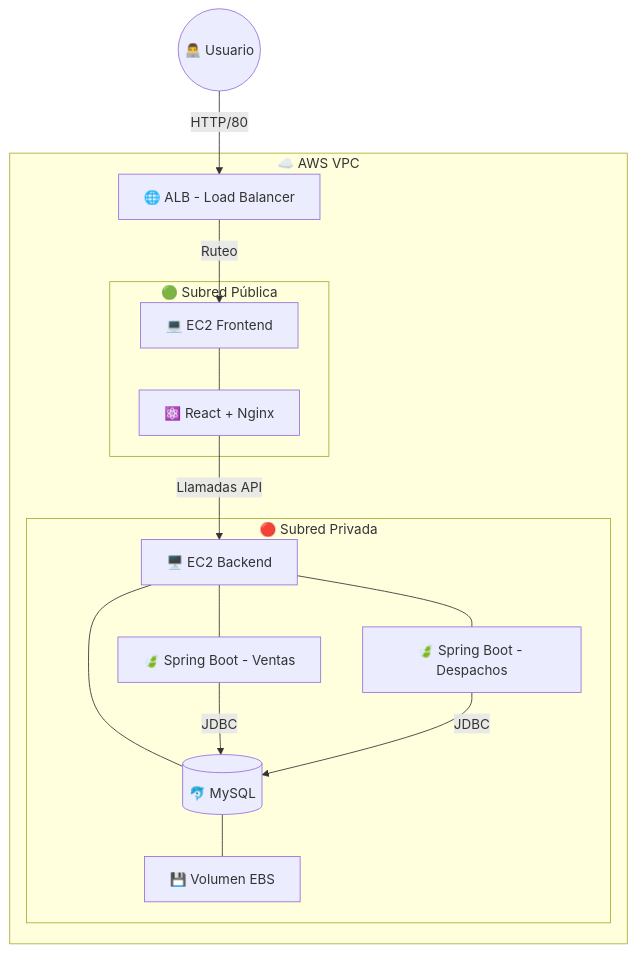
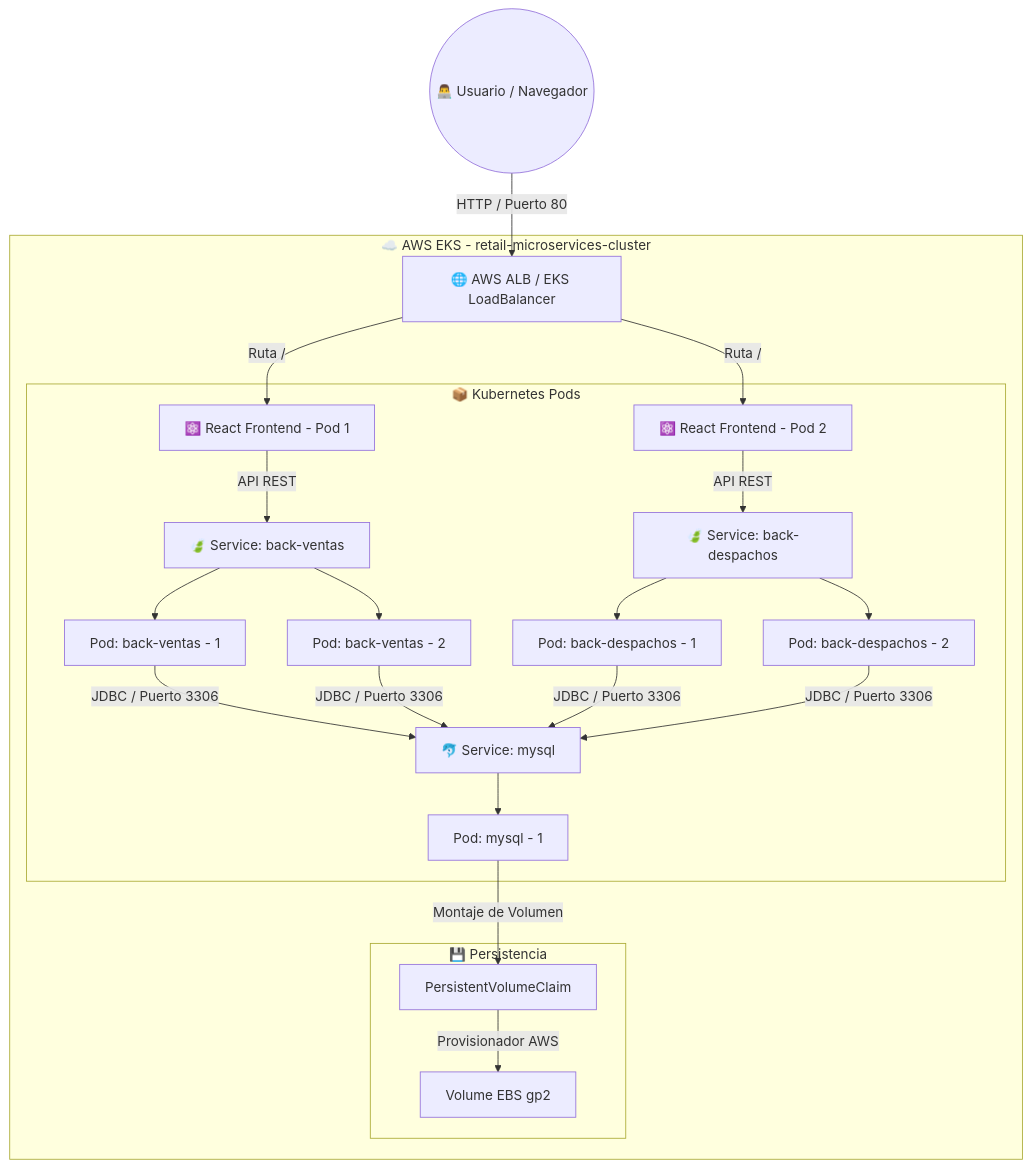
One commit to DylanMarchant24/DevOps changed the diagram in README.md. Above: the diagram before and after it, drawn with Mermaid. The commit also changed other lines of this file, not shown here.

Commit message:
docs: update README with EKS architecture and automated deployment guides

````diff
--- a/README.md
+++ b/README.md
@@ -32,32 +21,32 @@
 ```mermaid
 graph TD
-    User((👨‍💻 Usuario)) -->|HTTP/80| ALB[🌐 ALB - Load Balancer]
+    User((👨‍💻 Usuario / Navegador)) -->|HTTP / Puerto 80| ALB[🌐 AWS ALB / EKS LoadBalancer]
     
-    subgraph VPC [☁️ AWS VPC]
-        ALB -->|Ruteo| EC2_Front
+    subgraph AWS_EKS_Cluster [☁️ AWS EKS - retail-microservices-cluster]
+        ALB -->|Ruta /| Pod_Front1[⚛️ React Frontend - Pod 1]
+        ALB -->|Ruta /| Pod_Front2[⚛️ React Frontend - Pod 2]
         
-        subgraph PublicSubnet [🟢 Subred Pública]
-            EC2_Front[💻 EC2 Frontend]
-            React[⚛️ React + Nginx]
-            EC2_Front --- React
+        subgraph Pods_Namespace [📦 Kubernetes Pods]
+            Pod_Front1 -->|API REST| Serv_Ventas[🍃 Service: back-ventas]
+            Pod_Front2 -->|API REST| Serv_Despachos[🍃 Service: back-despachos]
+            
+            Serv_Ventas --> Pod_Ventas1[Pod: back-ventas - 1]
+            Serv_Ventas --> Pod_Ventas2[Pod: back-ventas - 2]
+            
+            Serv_Despachos --> Pod_Despachos1[Pod: back-despachos - 1]
+            Serv_Despachos --> Pod_Despachos2[Pod: back-despachos - 2]
+            
+            Pod_Ventas1 -->|JDBC / Puerto 3306| Serv_MySQL[🐬 Service: mysql]
+            Pod_Ventas2 -->|JDBC / Puerto 3306| Serv_MySQL
+            Pod_Despachos1 -->|JDBC / Puerto 3306| Serv_MySQL
+            Pod_Despachos2 -->|JDBC / Puerto 3306| Serv_MySQL
+            
+            Serv_MySQL --> Pod_MySQL[Pod: mysql - 1]
         end
         
-        React -->|Llamadas API| EC2_Back
-        
-        subgraph PrivateSubnet [🔴 Subred Privada]
-            EC2_Back[🖥️ EC2 Backend]
-            API1[🍃 Spring Boot - Ventas]
-            API2[🍃 Spring Boot - Despachos]
-            DB[(🐬 MySQL)]
-            EBS[💾 Volumen EBS]
-            
-            EC2_Back --- API1
-            EC2_Back --- API2
-            EC2_Back --- DB
-            DB --- EBS
-            
-            API1 -->|JDBC| DB
-            API2 -->|JDBC| DB
+        subgraph Storage [💾 Persistencia]
+            Pod_MySQL -->|Montaje de Volumen| PVC[PersistentVolumeClaim]
+            PVC -->|Provisionador AWS| EBS[Volume EBS gp2]
         end
     end
 ```
````
